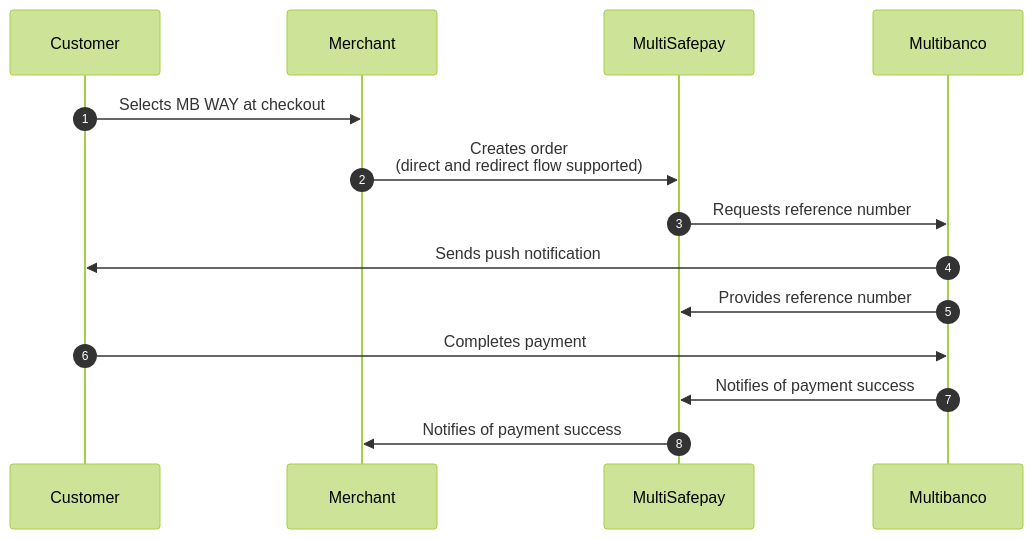
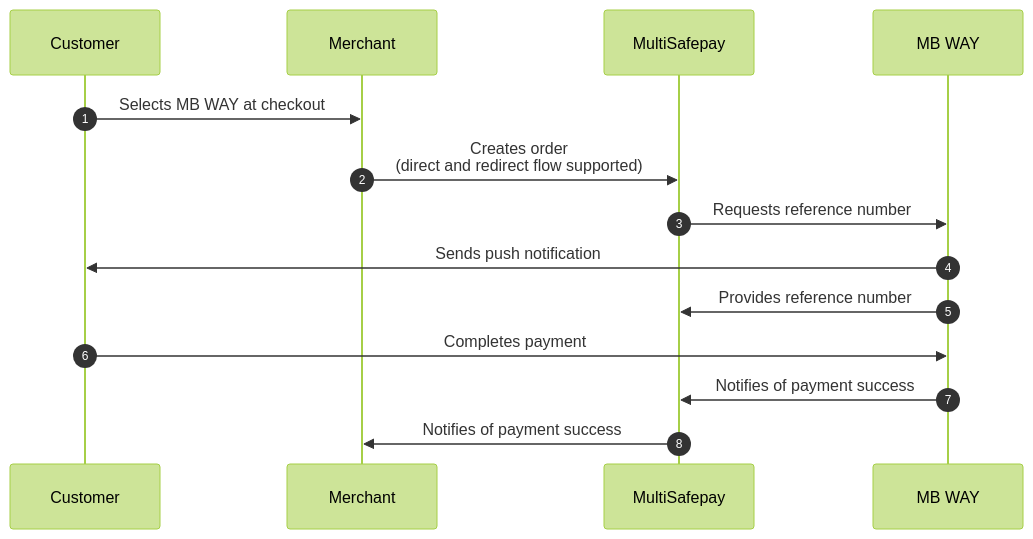
One commit to MultiSafepay/docs changed the diagram in static/diagrams/src/mbway-flow.mmd. Above: the diagram before and after it, drawn with Mermaid (forest theme). The commit also changed 2 other files, not shown here.

Commit message:
DOCS-4120: Fix MB Way flow

```diff
--- a/static/diagrams/src/mbway-flow.mmd
+++ b/static/diagrams/src/mbway-flow.mmd
@@ -1,14 +1,14 @@
 sequenceDiagram
     autonumber
     participant C as Customer
     participant Me as Merchant
     participant Mu as MultiSafepay
-    participant Mb as Multibanco
+    participant Mb as MB WAY
     C->>Me: Selects MB WAY at checkout
     Me->>Mu: Creates order <br> (direct and redirect flow supported)
     Mu->>Mb: Requests reference number
     Mb->>C: Sends push notification
     Mb->>Mu: Provides reference number
     C->>Mb: Completes payment 
     Mb->>Mu: Notifies of payment success
     Mu->>Me:  Notifies of payment success
```
